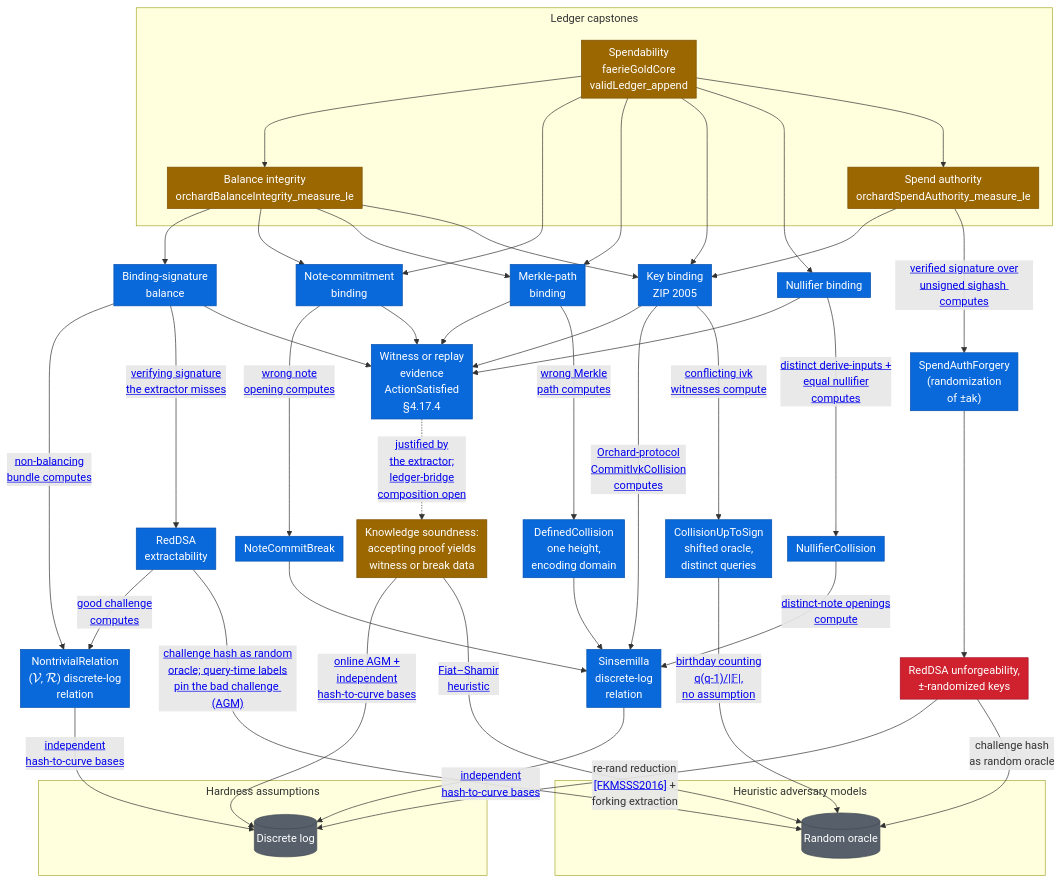
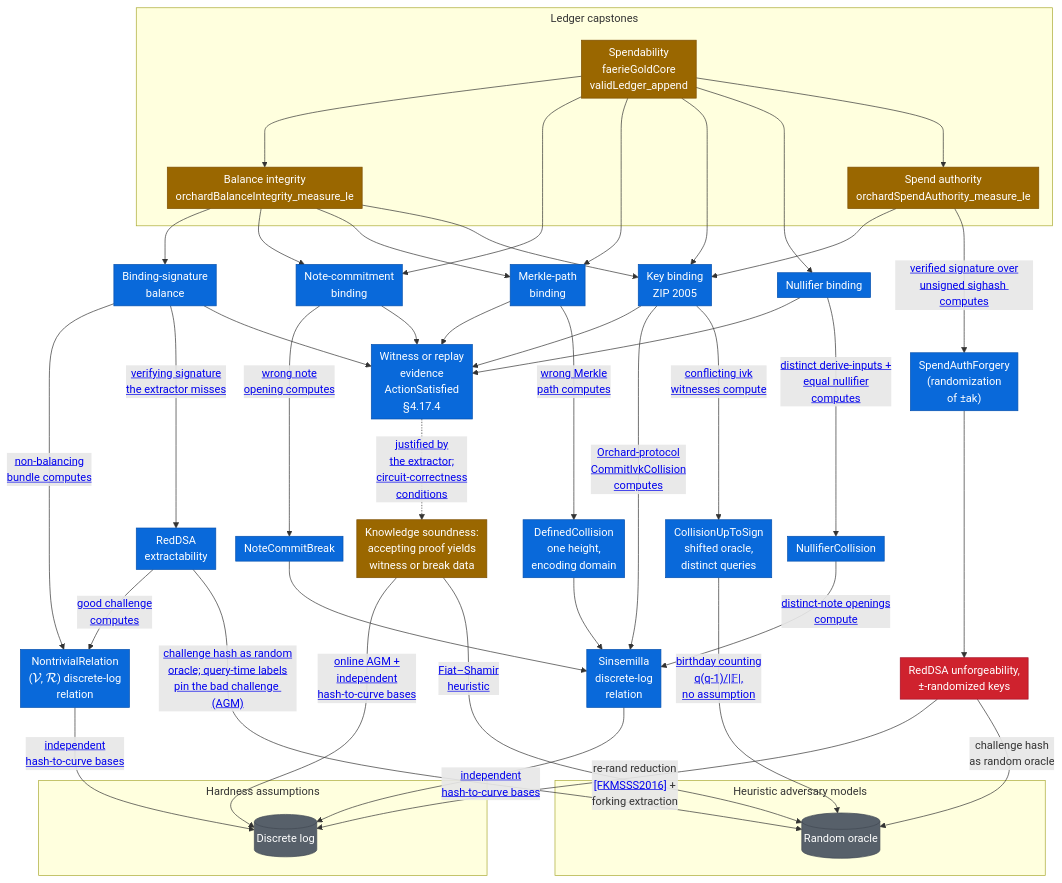
The diagram in book/src/formal-verification/security-definitions.md (zcash/ironwood), drawn with Mermaid before and after one commit. The commit also changed other lines of this file and 6 other files, not shown here.

```diff
--- a/book/src/formal-verification/security-definitions.md
+++ b/book/src/formal-verification/security-definitions.md
@@ -70,7 +70,7 @@
   NFB --->|"<a target='_blank' href='https://github.com/zcash/ironwood/blob/main/Zcash/Security/Ledger/Spendability.lean'>distinct derive-inputs +<br/>equal nullifier<br/>computes</a>"| NFC["NullifierCollision"]
   SPENDAUTH --->|"<a target='_blank' href='https://github.com/zcash/ironwood/blob/main/Zcash/Security/Ledger/SpendAuthority.lean'>verified signature over<br/>unsigned sighash computes</a>"| SAF["SpendAuthForgery<br/>(randomization<br/>of ±ak)"]
 
-  STMT -. "<a target='_blank' href='https://github.com/zcash/ironwood/blob/main/Zcash/Snark/Soundness/Composition/Bridge.lean'>justified by<br/>the extractor;<br/>ledger-bridge<br/>composition open</a>" .-> KS["Knowledge soundness:<br/>accepting proof yields<br/>witness or break data"]
+  STMT -. "<a target='_blank' href='https://github.com/zcash/ironwood/blob/main/Zcash/Snark/Soundness/Composition/Bridge.lean'>justified by<br/>the extractor;<br/>circuit-correctness<br/>conditions</a>" .-> KS["Knowledge soundness:<br/>accepting proof yields<br/>witness or break data"]
   NCBK --> SDLR["Sinsemilla<br/>discrete-log<br/>relation"]
 
   KERR -->|"<a target='_blank' href='https://github.com/zcash/ironwood/blob/main/Zcash/Security/RedDSA/Extraction.lean'>good challenge<br/>computes</a>"| NDLR
```
